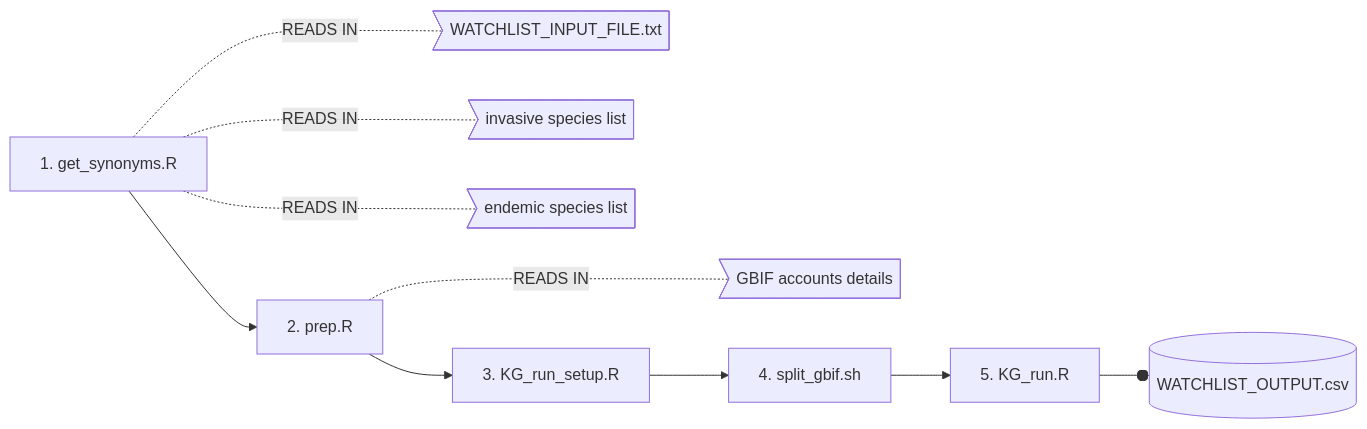
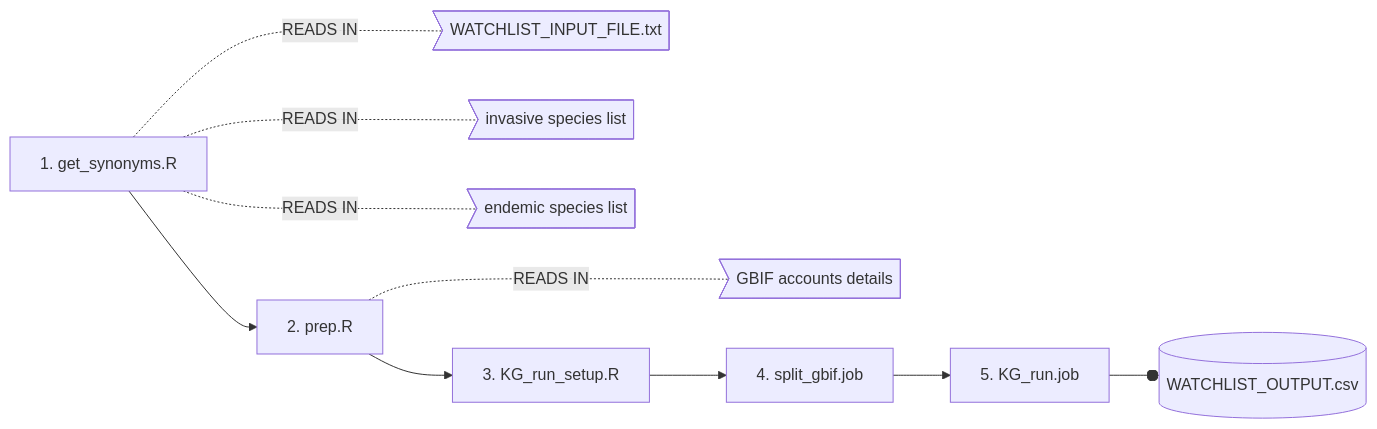
The diagram in README.md (clarkevansteenderen/KG_watchlist_parallel), drawn with Mermaid before and after one commit. The commit also changed other lines of this file, not shown here.

````diff
--- a/README.md
+++ b/README.md
@@ -44,10 +44,10 @@
 ```mermaid
   graph LR;
       A[1. get_synonyms.R] --> B[2. prep.R]
       A -..- |READS IN| C>WATCHLIST_INPUT_FILE.txt] & D>invasive species list] & E>endemic species list] 
       B -..- |READS IN| F>GBIF accounts details]
       B --> G[3. KG_run_setup.R]
-      G --> H[4. split_gbif.sh]
-      H --> I[5. KG_run.R]
+      G --> H[4. split_gbif.job]
+      H --> I[5. KG_run.job]
       I--o J[(WATCHLIST_OUTPUT.csv)]
 ```
````
